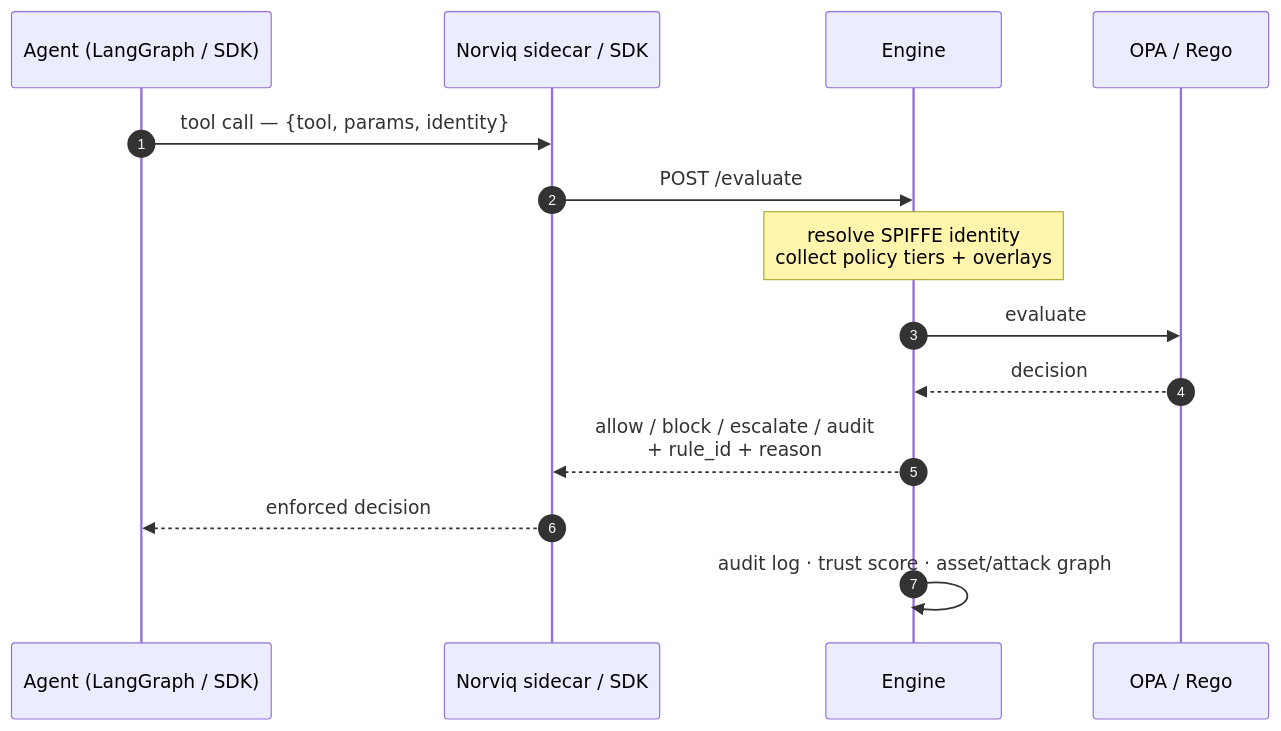
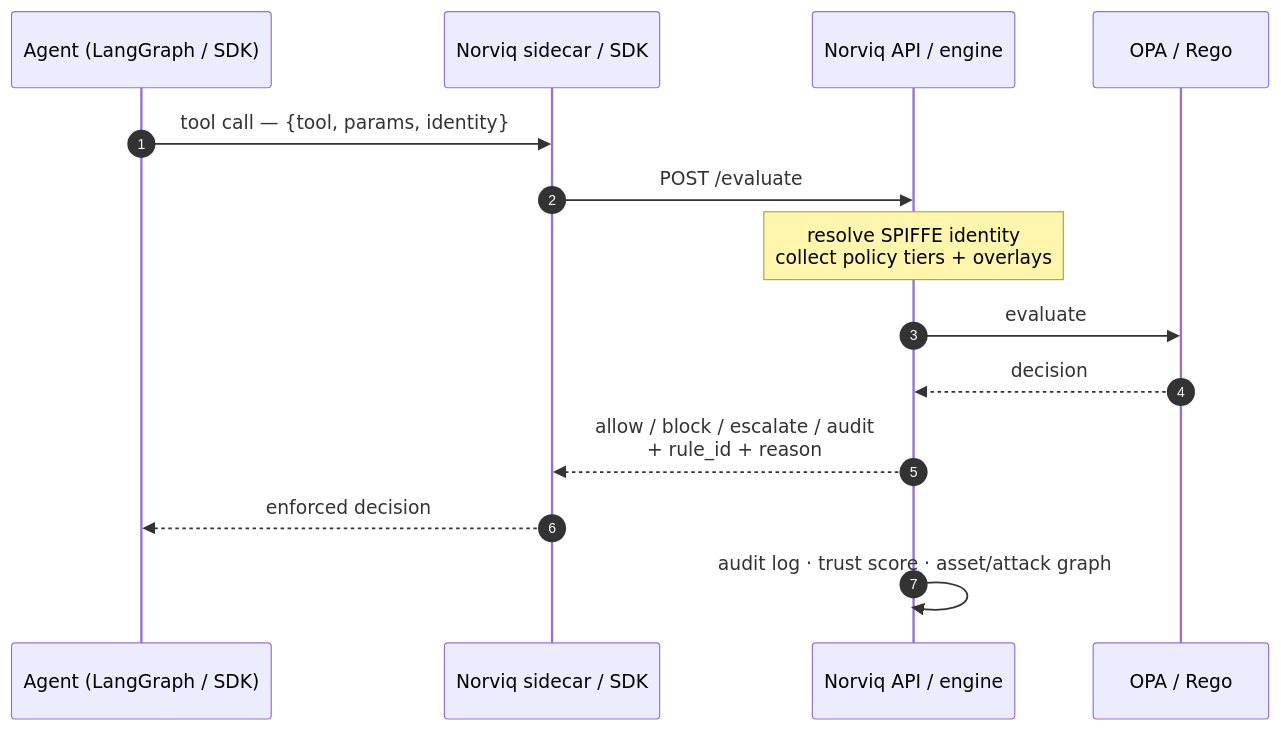
Before and after one commit to norviq-dev/norviq: the first of 2 diagrams in README.md, drawn with Mermaid. The commit also changed other lines of this file and 35 other files, not shown here.

````diff
--- a/README.md
+++ b/README.md
@@ -38,16 +38,16 @@
 ```mermaid
 sequenceDiagram
     autonumber
     participant Agent as Agent (LangGraph / SDK)
     participant PEP as Norviq sidecar / SDK
-    participant Engine
+    participant Engine as Norviq API / engine
     participant OPA as OPA / Rego
     Agent->>PEP: tool call — {tool, params, identity}
     PEP->>Engine: POST /evaluate
     Note over Engine: resolve SPIFFE identity<br/>collect policy tiers + overlays
     Engine->>OPA: evaluate
     OPA-->>Engine: decision
     Engine-->>PEP: allow / block / escalate / audit<br/>+ rule_id + reason
     PEP-->>Agent: enforced decision
     Engine->>Engine: audit log · trust score · asset/attack graph
 ```
````
